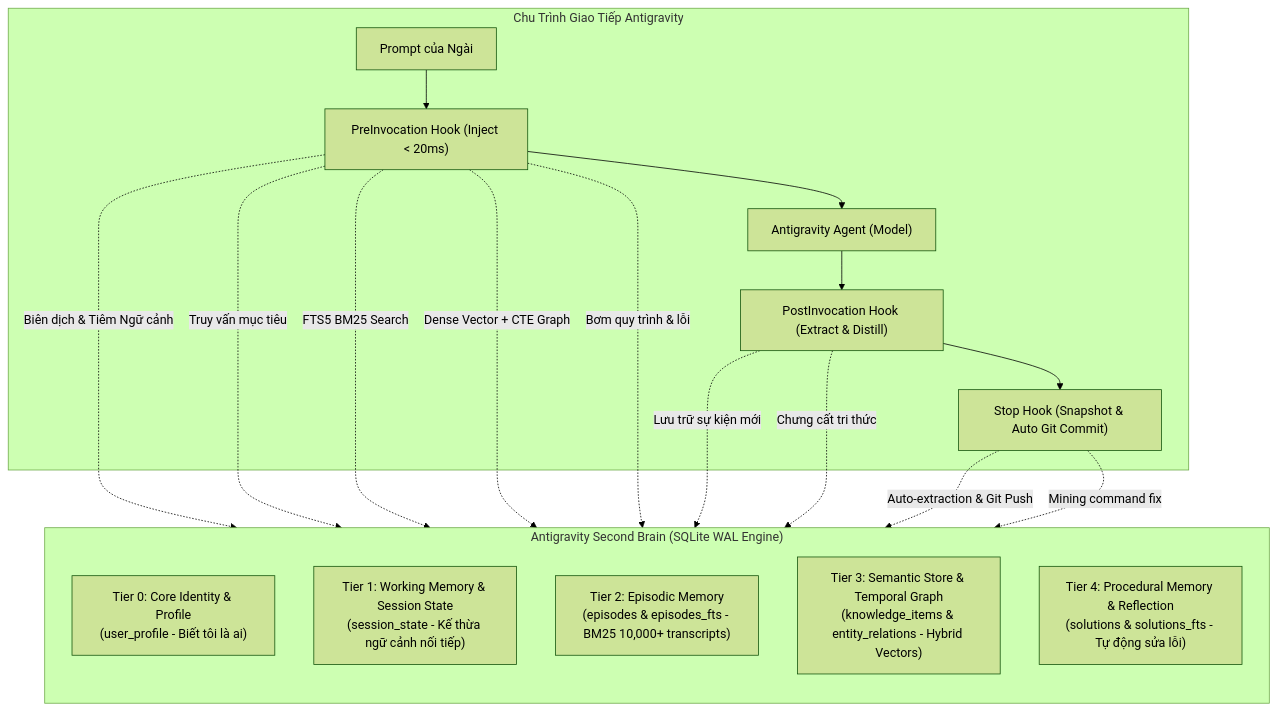
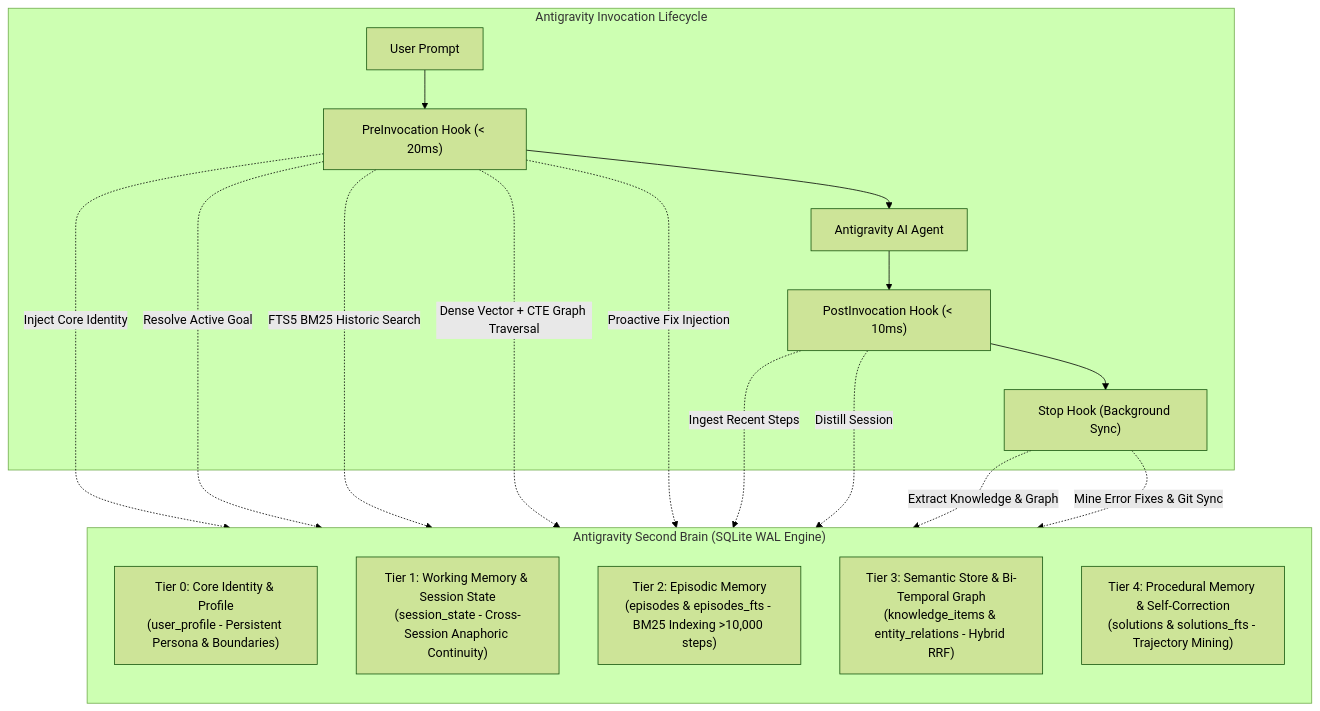
Before and after one commit to TranVu-2005/antigravity-second-brain: the diagram in README.md, drawn with Mermaid (forest theme). The commit also changed other lines of this file and 93 other files, not shown here.

````diff
--- a/README.md
+++ b/README.md
@@ -17,29 +18,29 @@
 ```mermaid
 flowchart TD
-    subgraph INVOCATION["Chu Trình Giao Tiếp Antigravity"]
-        UserPrompt["Prompt của Ngài"] --> PreHook["PreInvocation Hook (Inject < 20ms)"]
-        PreHook --> Agent["Antigravity Agent (Model)"]
-        Agent --> PostHook["PostInvocation Hook (Extract & Distill)"]
-        PostHook --> StopHook["Stop Hook (Snapshot & Auto Git Commit)"]
+    subgraph INVOCATION["Antigravity Invocation Lifecycle"]
+        UserPrompt["User Prompt"] --> PreHook["PreInvocation Hook (< 20ms)"]
+        PreHook --> Agent["Antigravity AI Agent"]
+        Agent --> PostHook["PostInvocation Hook (< 10ms)"]
+        PostHook --> StopHook["Stop Hook (Background Sync)"]
     end
 
     subgraph BRAIN["Antigravity Second Brain (SQLite WAL Engine)"]
         direction TB
-        T0["Tier 0: Core Identity & Profile\n(user_profile - Biết tôi là ai)"]
-        T1["Tier 1: Working Memory & Session State\n(session_state - Kế thừa ngữ cảnh nối tiếp)"]
-        T2["Tier 2: Episodic Memory\n(episodes & episodes_fts - BM25 10,000+ transcripts)"]
-        T3["Tier 3: Semantic Store & Temporal Graph\n(knowledge_items & entity_relations - Hybrid Vectors)"]
-        T4["Tier 4: Procedural Memory & Reflection\n(solutions & solutions_fts - Tự động sửa lỗi)"]
+        T0["Tier 0: Core Identity & Profile\n(user_profile - Persistent Persona & Boundaries)"]
+        T1["Tier 1: Working Memory & Session State\n(session_state - Cross-Session Anaphoric Continuity)"]
+        T2["Tier 2: Episodic Memory\n(episodes & episodes_fts - BM25 Indexing >10,000 steps)"]
+        T3["Tier 3: Semantic Store & Bi-Temporal Graph\n(knowledge_items & entity_relations - Hybrid RRF)"]
+        T4["Tier 4: Procedural Memory & Self-Correction\n(solutions & solutions_fts - Trajectory Mining)"]
     end
 
-    PreHook -.->|"Biên dịch & Tiêm Ngữ cảnh"| T0
-    PreHook -.->|"Truy vấn mục tiêu"| T1
-    PreHook -.->|"FTS5 BM25 Search"| T2
-    PreHook -.->|"Dense Vector + CTE Graph"| T3
-    PreHook -.->|"Bơm quy trình & lỗi"| T4
+    PreHook -.->|"Inject Core Identity"| T0
+    PreHook -.->|"Resolve Active Goal"| T1
+    PreHook -.->|"FTS5 BM25 Historic Search"| T2
+    PreHook -.->|"Dense Vector + CTE Graph Traversal"| T3
+    PreHook -.->|"Proactive Fix Injection"| T4
 
-    PostHook -.->|"Lưu trữ sự kiện mới"| T2
-    PostHook -.->|"Chưng cất tri thức"| T1
-    StopHook -.->|"Auto-extraction & Git Push"| T3
-    StopHook -.->|"Mining command fix"| T4
+    PostHook -.->|"Ingest Recent Steps"| T2
+    PostHook -.->|"Distill Session"| T1
+    StopHook -.->|"Extract Knowledge & Graph"| T3
+    StopHook -.->|"Mine Error Fixes & Git Sync"| T4
 ```
````
